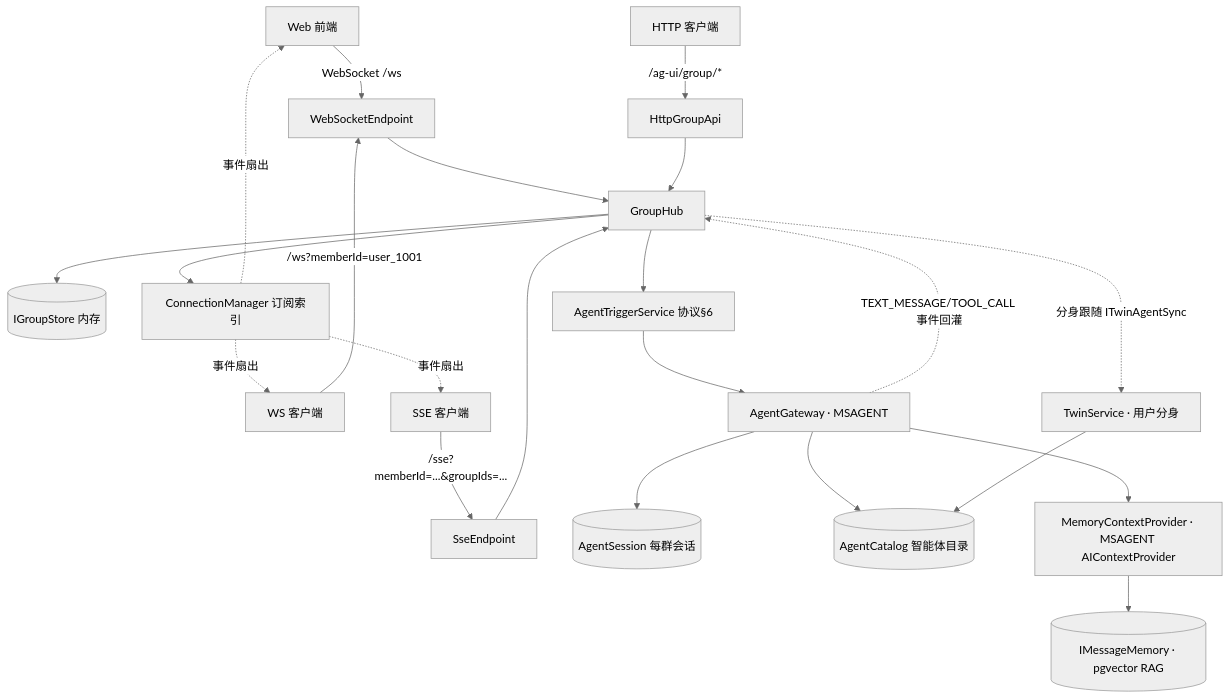
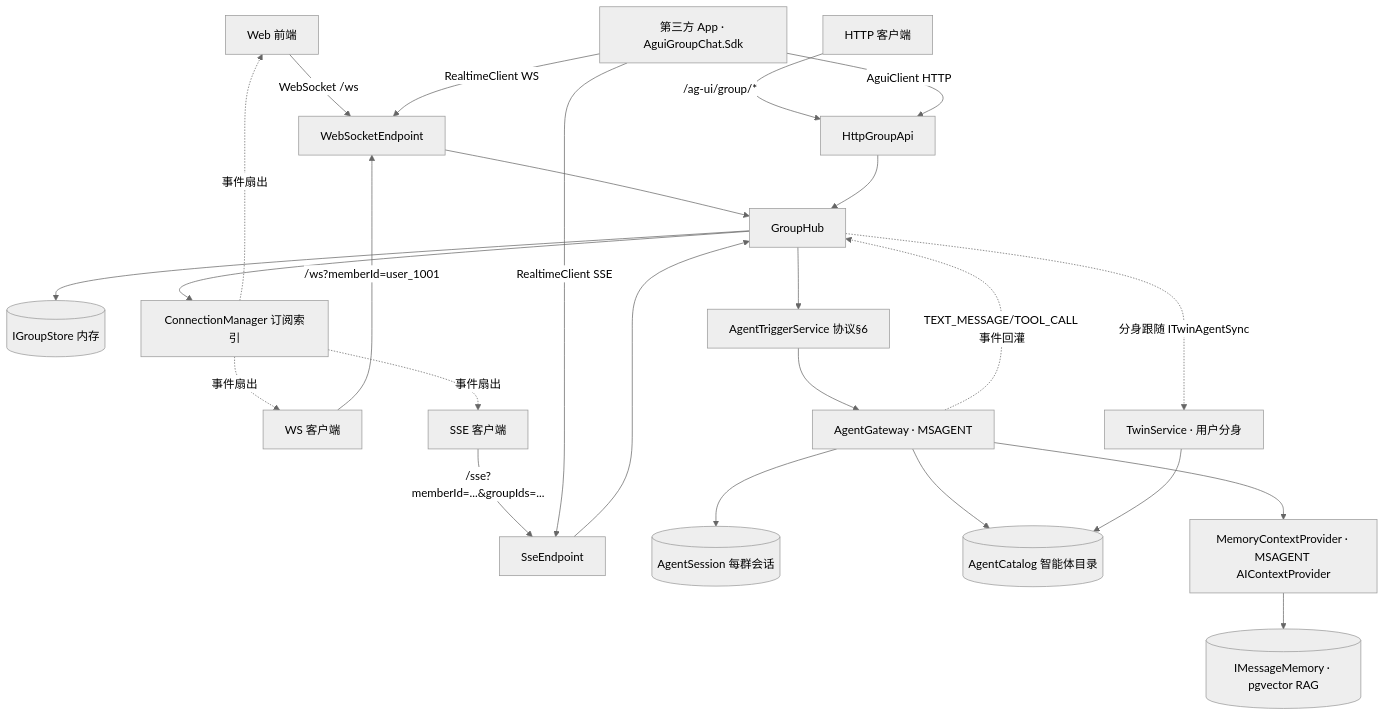
Before and after one commit to DavidCompute/AG-UI_Multi-Party: the diagram in README.md, drawn with Mermaid (neutral theme). The commit also changed other lines of this file and 22 other files, not shown here.

````diff
--- a/README.md
+++ b/README.md
@@ -47,24 +49,27 @@
 ```mermaid
 graph TD
     W1[Web 前端] -->|WebSocket /ws| WS[WebSocketEndpoint]
     C1[WS 客户端] -->|/ws?memberId=user_1001| WS
     C2[SSE 客户端] -->|/sse?memberId=...&groupIds=...| SSE[SseEndpoint]
     C3[HTTP 客户端] -->|/ag-ui/group/*| HTTP[HttpGroupApi]
+    SDK[第三方 App · AguiGroupChat.Sdk] -->|RealtimeClient WS| WS
+    SDK -->|AguiClient HTTP| HTTP
+    SDK -->|RealtimeClient SSE| SSE
     WS --> HUB[GroupHub]
     SSE --> HUB
     HTTP --> HUB
     HUB --> STORE[(IGroupStore 内存)]
     HUB --> CM[ConnectionManager 订阅索引]
     HUB --> TRIG[AgentTriggerService 协议§6]
     TRIG --> GW[AgentGateway · MSAGENT]
     GW --> SESS[(AgentSession 每群会话)]
     GW --> CAT[(AgentCatalog 智能体目录)]
     GW --> MCP[MemoryContextProvider · MSAGENT AIContextProvider]
     MCP --> MEM[(IMessageMemory · pgvector RAG)]
     HUB -.分身跟随 ITwinAgentSync.-> TWIN[TwinService · 用户分身]
     TWIN --> CAT
     GW -.TEXT_MESSAGE/TOOL_CALL 事件回灌.-> HUB
     CM -.事件扇出.-> W1
     CM -.事件扇出.-> C1
     CM -.事件扇出.-> C2
 ```
````
